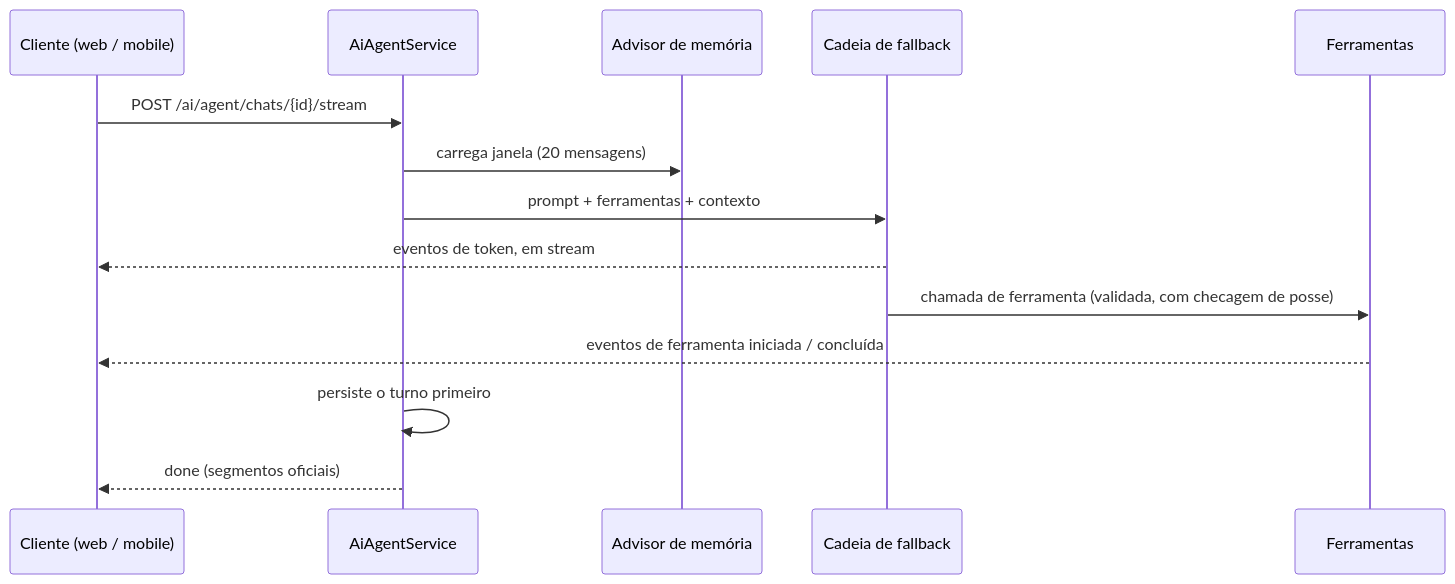
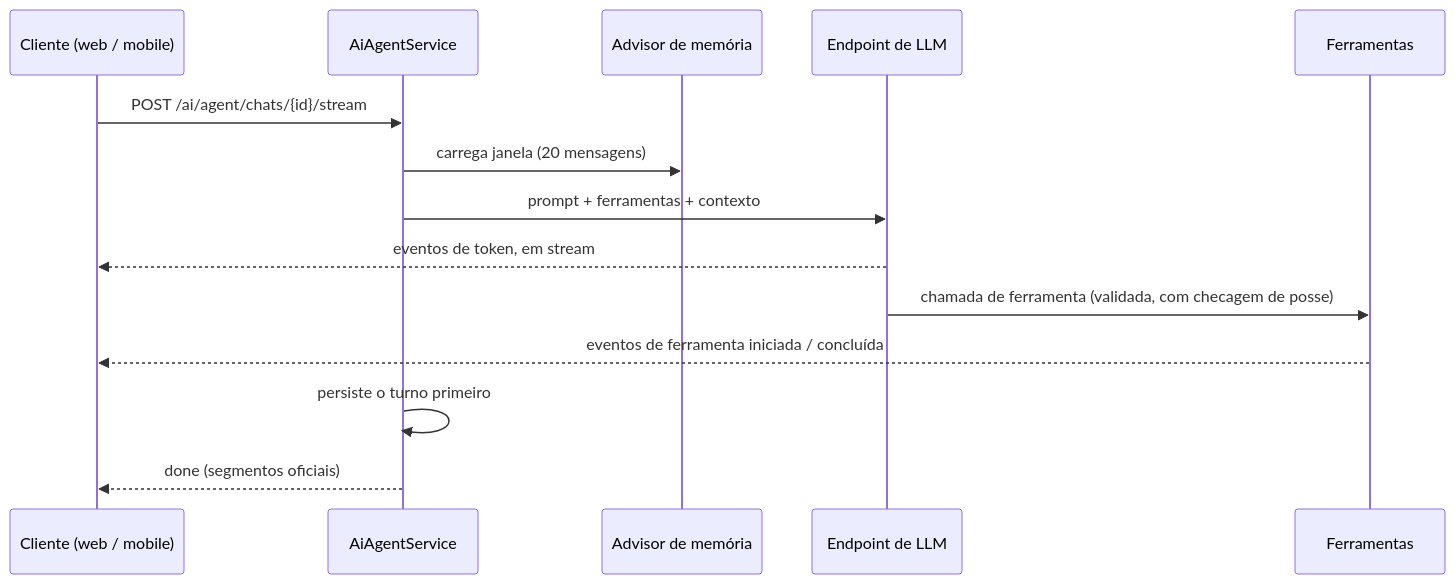
Before and after one commit to AndDev741/Beyou-arch-design: the diagram in architecture/ai-agent/pt.md, drawn with Mermaid. The commit also changed other lines of this file and 18 other files, not shown here.

First line of the commit message:
docs(ai-agent): one LLM endpoint replaces the backend fallback chain

````diff
--- a/architecture/ai-agent/pt.md
+++ b/architecture/ai-agent/pt.md
@@ -12,17 +12,17 @@
 ```mermaid
 sequenceDiagram
   participant C as Cliente (web / mobile)
   participant BE as AiAgentService
   participant M as Advisor de memória
-  participant LLM as Cadeia de fallback
+  participant LLM as Endpoint de LLM
   participant T as Ferramentas
 
   C->>BE: POST /ai/agent/chats/{id}/stream
   BE->>M: carrega janela (20 mensagens)
   BE->>LLM: prompt + ferramentas + contexto
   LLM-->>C: eventos de token, em stream
   LLM->>T: chamada de ferramenta (validada, com checagem de posse)
   T-->>C: eventos de ferramenta iniciada / concluída
   BE->>BE: persiste o turno primeiro
   BE-->>C: done (segmentos oficiais)
 ```
````
